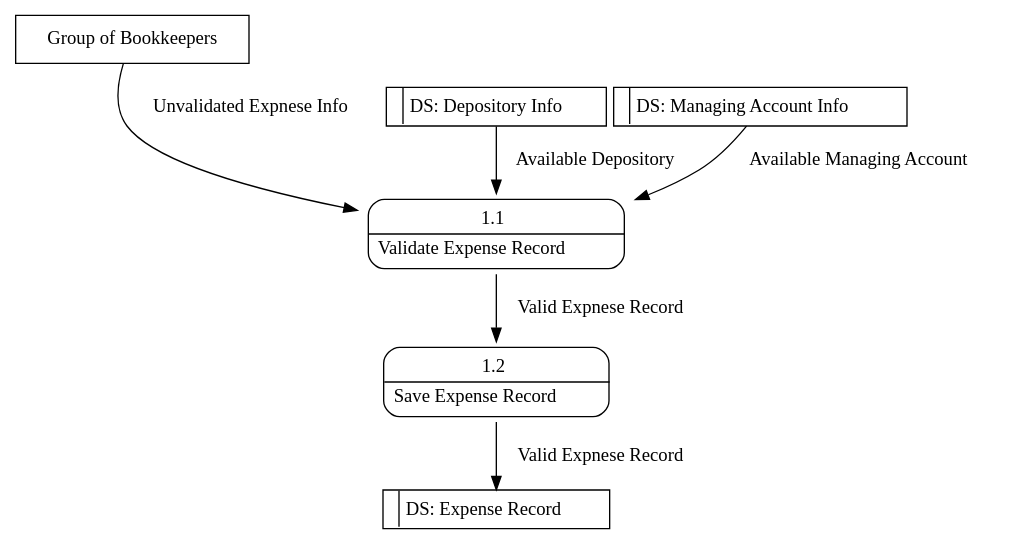
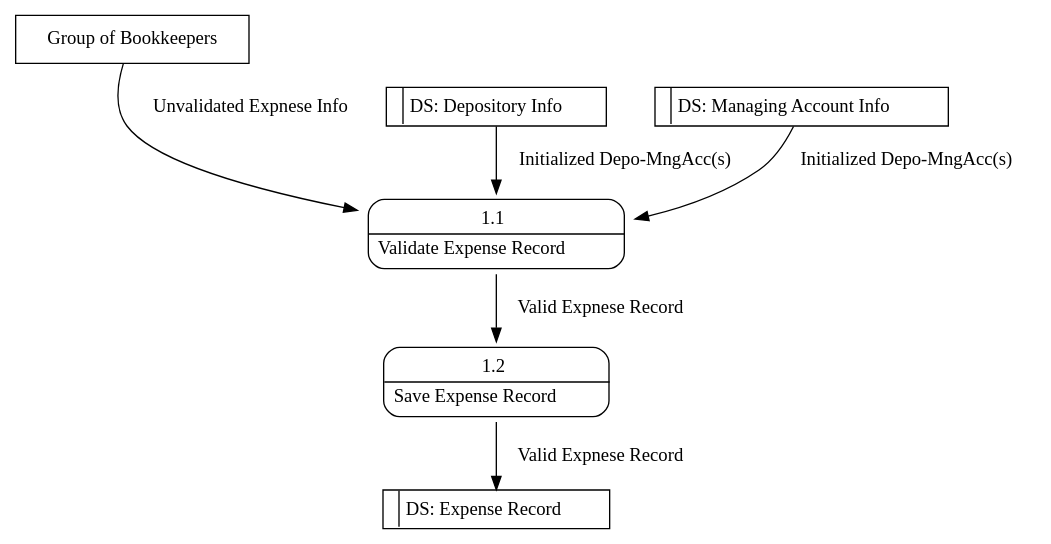
One commit to raniantheone/Bookkeeping_Nodejs changed the eighth of 12 diagrams in System_Analysis.md. Above: the diagram before and after it, drawn with Graphviz.

Commit message:
Limit depo/mngAcc options for expense record to initialized ones

````diff
--- a/System_Analysis.md
+++ b/System_Analysis.md
@@ -327,75 +327,75 @@
 ```dot
 digraph digram_1{
 
   enti1input [label="Group of Bookkeepers" shape=box];
   proc1_1 [label=<
     <table style="rounded" CELLBORDER="0" CELLSPACING="4">
       <tr>
         <td>1.1</td>
       </tr>
       <HR/>
       <tr>
         <td>Validate Expense Record</td>
       </tr>
     </table>
     >,
     shape=none
   ];
   proc1_2 [label=<
     <table style="rounded" CELLBORDER="0" CELLSPACING="4">
       <tr>
         <td>1.2</td>
       </tr>
       <HR/>
       <tr>
         <td>Save Expense Record</td>
       </tr>
     </table>
     >,
     shape=none
   ];
   dsDepositoryInfo [
     shape="plain",
     label=<
       <table CELLBORDER="0" CELLPADDING="4">
         <tr>
           <td></td>
           <vr/>
           <td>DS: Depository Info</td>
         </tr>
       </table>
     >
   ];
   dsManagingAccountInfo [
     shape="plain",
     label=<
       <table CELLBORDER="0" CELLPADDING="4">
         <tr>
           <td></td>
           <vr/>
           <td>DS: Managing Account Info</td>
         </tr>
       </table>
     >
   ];
   dsExpenseRecord [
     shape="plain",
     label=<
       <table CELLBORDER="0" CELLPADDING="4">
         <tr>
           <td></td>
           <vr/>
           <td>DS: Expense Record</td>
         </tr>
       </table>
     >
   ];
 
   { rank=source; enti1input;}
   enti1input -> proc1_1 [ label="Unvalidated Expnese Info" ];
-  dsDepositoryInfo -> proc1_1 [ label="Available Depository" ];
-  dsManagingAccountInfo -> proc1_1 [ label="Available Managing Account" ];
+  dsDepositoryInfo -> proc1_1 [ label="Initialized Depo-MngAcc(s)" ];
+  dsManagingAccountInfo -> proc1_1 [ label="Initialized Depo-MngAcc(s)" ];
   proc1_1 -> proc1_2 [ label="Valid Expnese Record" ];
   proc1_2 -> dsExpenseRecord [ label="Valid Expnese Record" ];
 }
 ```
````
